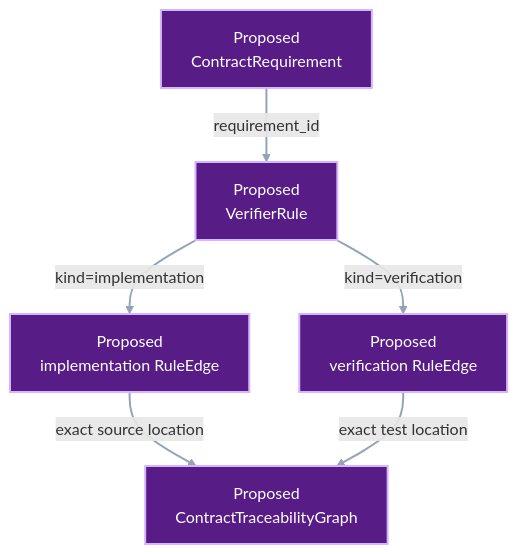
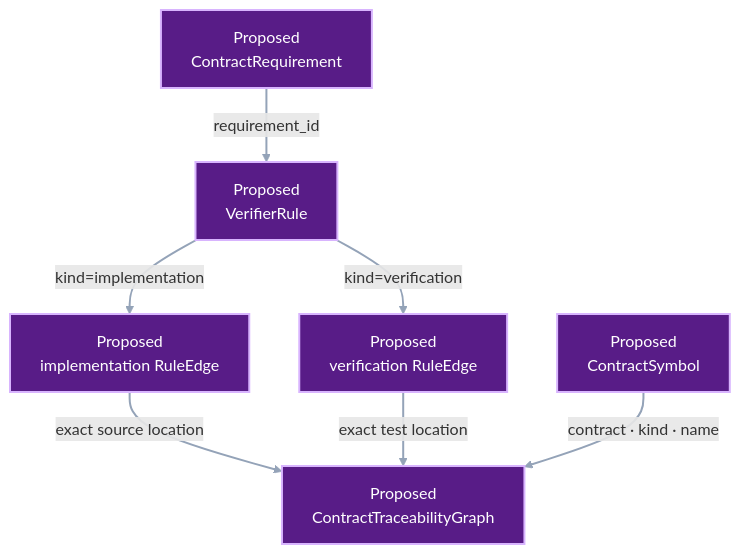
One commit to pvd232/viper changed the second of 3 diagrams in docs/development/contract-traceability.md. Above: the diagram before and after it, drawn with Mermaid. The commit also changed other lines of this file and 21 other files, not shown here.

````diff
--- a/docs/development/contract-traceability.md
+++ b/docs/development/contract-traceability.md
@@ -157,18 +166,20 @@
 ```mermaid
 flowchart TD
     Requirement["Proposed<br/>ContractRequirement"]
     Rule["Proposed<br/>VerifierRule"]
     Owner["Proposed<br/>implementation RuleEdge"]
     Test["Proposed<br/>verification RuleEdge"]
+    Symbol["Proposed<br/>ContractSymbol"]
     Graph["Proposed<br/>ContractTraceabilityGraph"]
 
     Requirement -->|"requirement_id"| Rule
     Rule -->|"kind=implementation"| Owner
     Rule -->|"kind=verification"| Test
     Owner -->|"exact source location"| Graph
     Test -->|"exact test location"| Graph
+    Symbol -->|"contract · kind · name"| Graph
 
-    class Requirement,Rule,Owner,Test,Graph proposed
+    class Requirement,Rule,Owner,Test,Symbol,Graph proposed
     classDef proposed fill:#581c87,stroke:#d8b4fe,color:#ffffff,stroke-width:2px
     linkStyle default stroke:#94a3b8,stroke-width:2px
 ```
````
